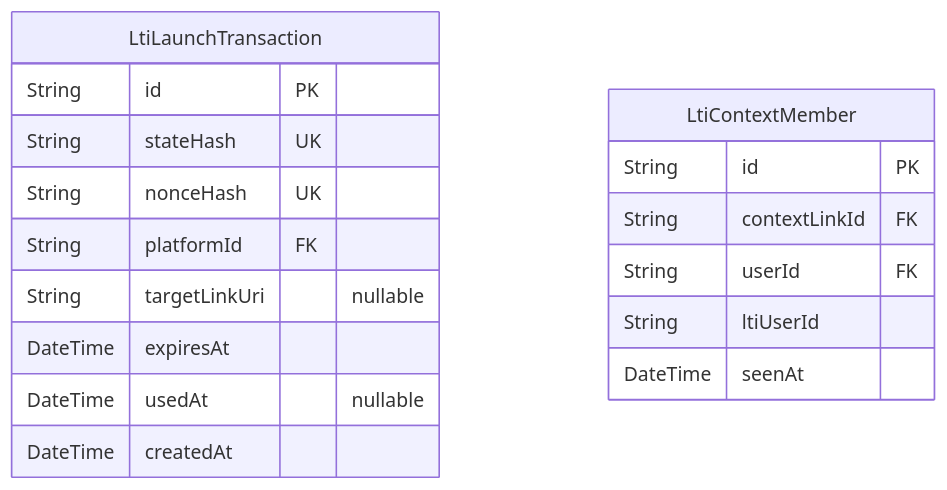
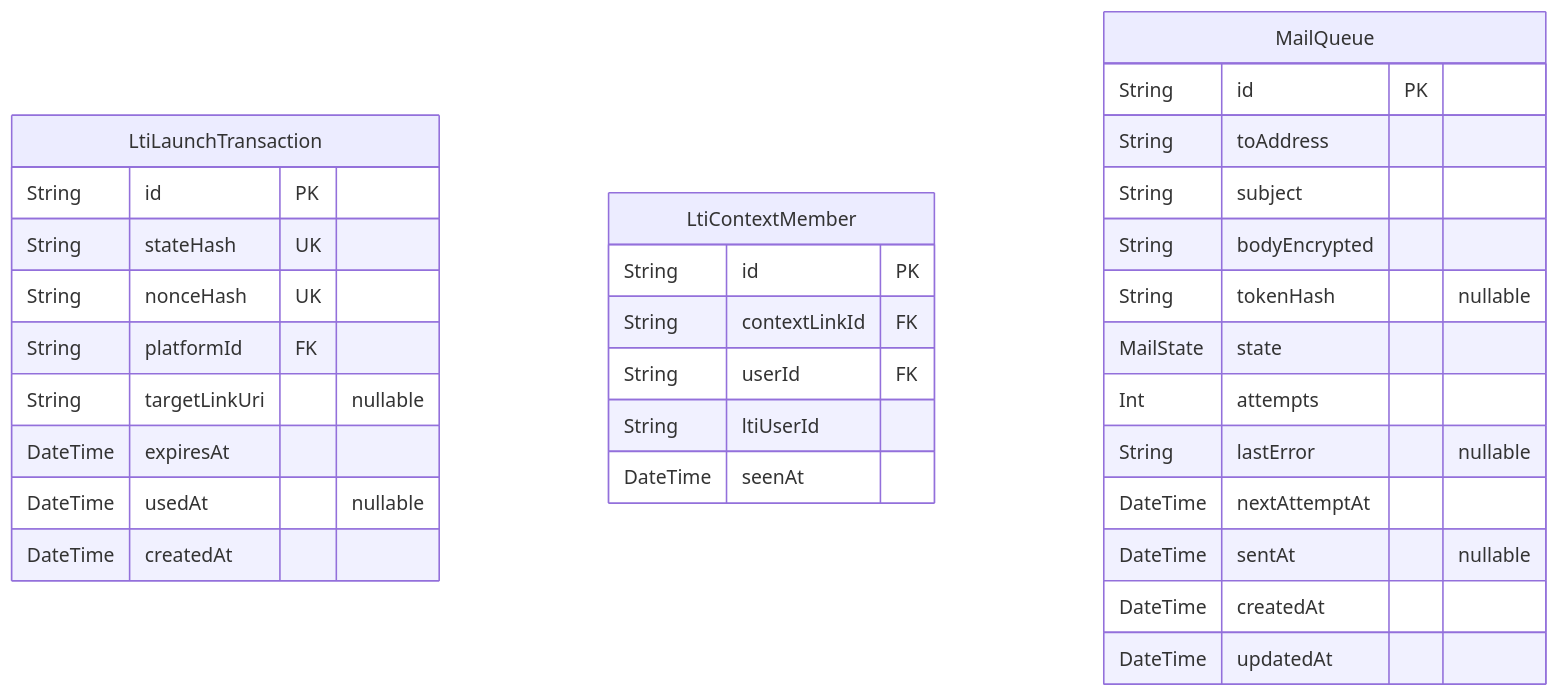
One commit to PennStateCS/AFCT changed the sixth of 6 diagrams in docs-site/docs/reference/database-schema.md. Above: the diagram before and after it, drawn with Mermaid. The commit also changed other lines of this file and 6 other files, not shown here.

Commit message:
queue outbound mail instead of sending it inside the request

````diff
--- a/docs-site/docs/reference/database-schema.md
+++ b/docs-site/docs/reference/database-schema.md
@@ -1130,20 +1130,34 @@
 ```mermaid
 erDiagram
 "LtiLaunchTransaction" {
   String id PK
   String stateHash UK
   String nonceHash UK
   String platformId FK
   String targetLinkUri "nullable"
   DateTime expiresAt
   DateTime usedAt "nullable"
   DateTime createdAt
 }
 "LtiContextMember" {
   String id PK
   String contextLinkId FK
   String userId FK
   String ltiUserId
   DateTime seenAt
 }
+"MailQueue" {
+  String id PK
+  String toAddress
+  String subject
+  String bodyEncrypted
+  String tokenHash "nullable"
+  MailState state
+  Int attempts
+  String lastError "nullable"
+  DateTime nextAttemptAt
+  DateTime sentAt "nullable"
+  DateTime createdAt
+  DateTime updatedAt
+}
 ```
````
